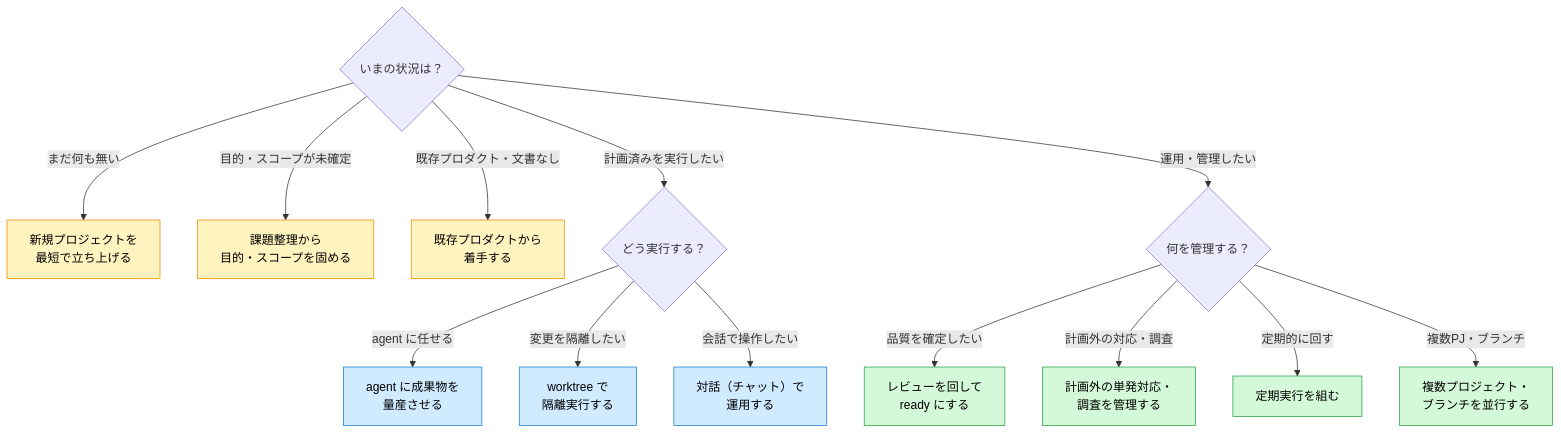
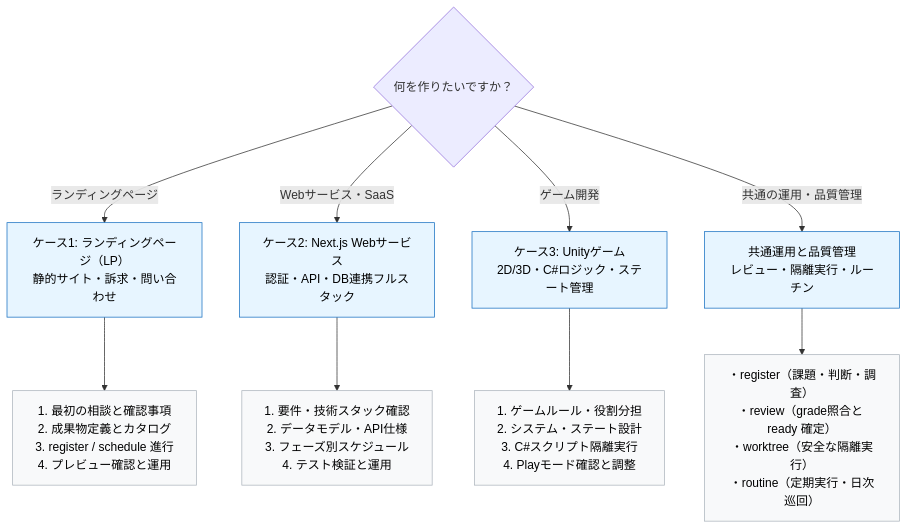
Before and after one commit to specdojo/specdojo: the diagram in docs/ja/specdojo/guides/use-case-guide.md, drawn with Mermaid. The commit also changed other lines of this file and 5 other files, not shown here.

Commit message:
exec(register PJR-GQ14): ユースケース別ガイドを具体的なプロダクト作成の対話フローに改訂する

````diff
--- a/docs/ja/specdojo/guides/use-case-guide.md
+++ b/docs/ja/specdojo/guides/use-case-guide.md
@@ -41,25 +43,18 @@
 ```mermaid
 flowchart TD
-  Q{"いまの状況は？"}
-  Q -->|まだ何も無い| S11["新規プロジェクトを<br/>最短で立ち上げる"]
-  Q -->|目的・スコープが未確定| S12["課題整理から<br/>目的・スコープを固める"]
-  Q -->|既存プロダクト・文書なし| S13["既存プロダクトから<br/>着手する"]
-  Q -->|計画済みを実行したい| EXE{"どう実行する？"}
-  Q -->|運用・管理したい| MNG{"何を管理する？"}
+  Q{"何を作りたいですか？"}
+  Q -->|ランディングページ| C1["ケース1: ランディングページ（LP）<br/>静的サイト・訴求・問い合わせ"]
+  Q -->|Webサービス・SaaS| C2["ケース2: Next.js Webサービス<br/>認証・API・DB連携フルスタック"]
+  Q -->|ゲーム開発| C3["ケース3: Unityゲーム<br/>2D/3D・C#ロジック・ステート管理"]
+  Q -->|共通の運用・品質管理| C4["共通運用と品質管理<br/>レビュー・隔離実行・ルーチン"]
 
-  EXE -->|agent に任せる| S21["agent に成果物を<br/>量産させる"]
-  EXE -->|変更を隔離したい| S22["worktree で<br/>隔離実行する"]
-  EXE -->|会話で操作したい| S23["対話（チャット）で<br/>運用する"]
+  C1 --> D1["1. 最初の相談と確認事項<br/>2. 成果物定義とカタログ<br/>3. register / schedule 進行<br/>4. プレビュー確認と運用"]
+  C2 --> D2["1. 要件・技術スタック確認<br/>2. データモデル・API仕様<br/>3. フェーズ別スケジュール<br/>4. テスト検証と運用"]
+  C3 --> D3["1. ゲームルール・役割分担<br/>2. システム・ステート設計<br/>3. C#スクリプト隔離実行<br/>4. Playモード確認と調整"]
+  C4 --> D4["・register（課題・判断・調査）<br/>・review（grade照合と ready 確定）<br/>・worktree（安全な隔離実行）<br/>・routine（定期実行・日次巡回）"]
 
-  MNG -->|品質を確定したい| S31["レビューを回して<br/>ready にする"]
-  MNG -->|計画外の対応・調査| S32["計画外の単発対応・<br/>調査を管理する"]
-  MNG -->|定期的に回す| S33["定期実行を組む"]
-  MNG -->|複数PJ・ブランチ| S34["複数プロジェクト・<br/>ブランチを並行する"]
-
-  classDef setup fill:#fff3bf,stroke:#f08c00,color:#000;
-  classDef exec fill:#d0ebff,stroke:#1c7ed6,color:#000;
-  classDef manage fill:#d3f9d8,stroke:#2f9e44,color:#000;
-  class S11,S12,S13 setup;
-  class S21,S22,S23 exec;
-  class S31,S32,S33,S34 manage;
+  classDef caseNode fill:#e7f5ff,stroke:#1971c2,color:#000;
+  classDef detailNode fill:#f8f9fa,stroke:#adb5bd,color:#000;
+  class C1,C2,C3,C4 caseNode;
+  class D1,D2,D3,D4 detailNode;
 ```
````
